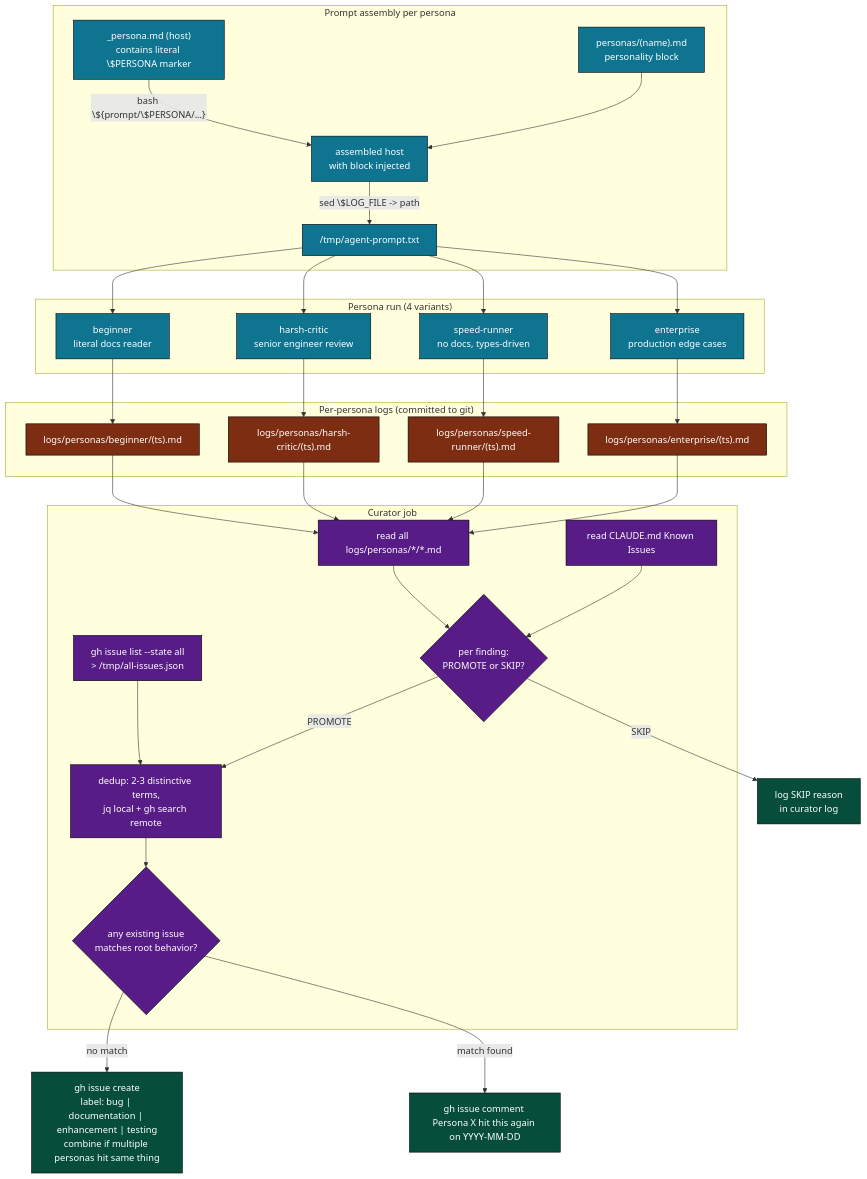
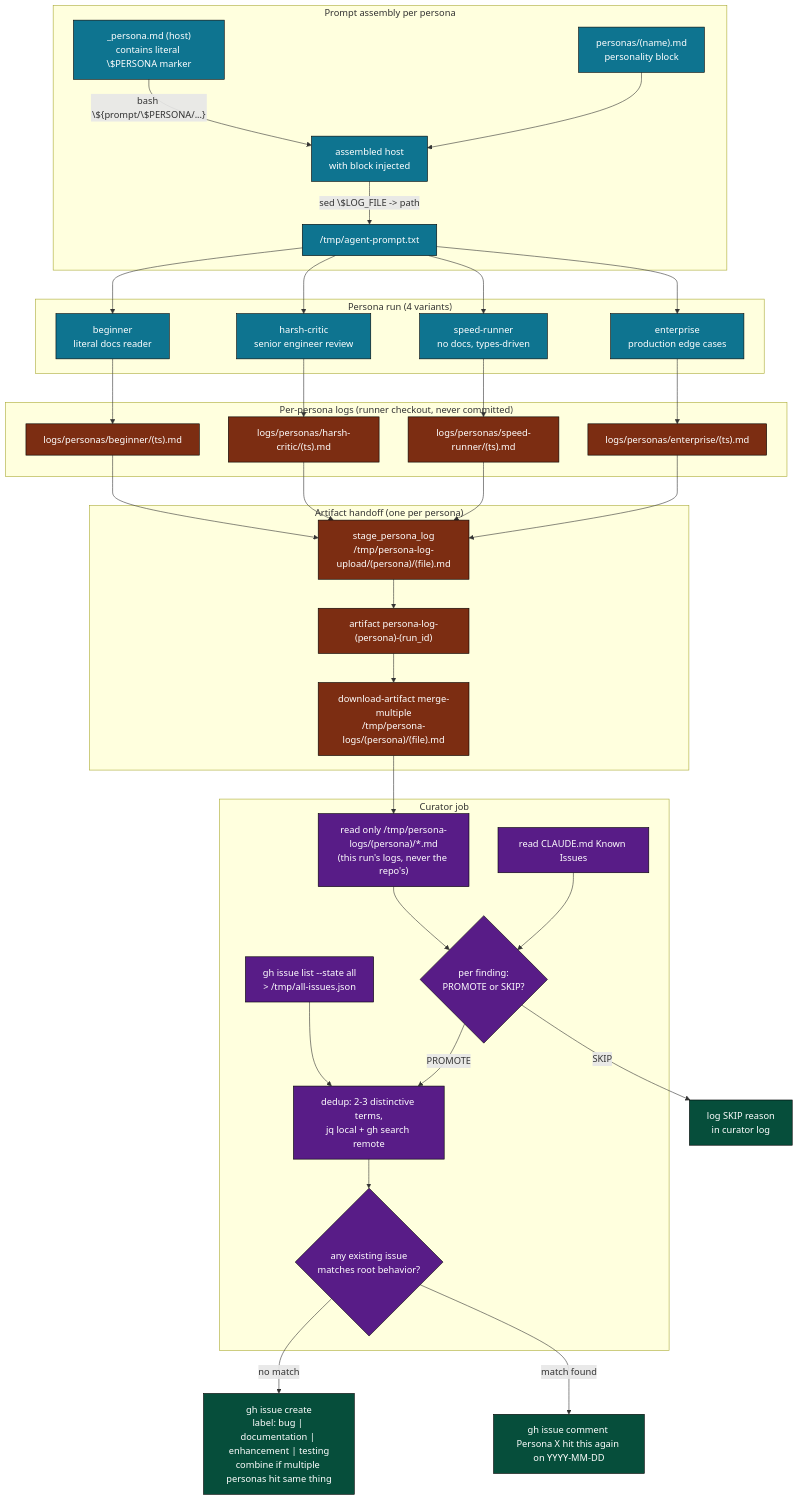
Before and after one commit to llm-exe/llm-exe: the sixth of 12 diagrams in .github/docs/PERSONAS_RUN_DEEP_DIVE.md, drawn with Mermaid. The commit also changed other lines of this file and 1 other file, not shown here.

Commit message:
docs: sync personas-run deep dive and architecture after persona log artifact handoff

````diff
--- a/.github/docs/PERSONAS_RUN_DEEP_DIVE.md
+++ b/.github/docs/PERSONAS_RUN_DEEP_DIVE.md
@@ -350,62 +360,71 @@
 ```mermaid
 flowchart TB
     classDef persona fill:#0e7490,color:#fff,stroke:#000
     classDef log fill:#7c2d12,color:#fff,stroke:#000
     classDef cur fill:#581c87,color:#fff,stroke:#000
     classDef out fill:#064e3b,color:#fff,stroke:#000
 
     subgraph Hosts["Prompt assembly per persona"]
         H1["_persona.md (host)\ncontains literal \$PERSONA marker"]:::persona
         H2["personas/(name).md\npersonality block"]:::persona
         H1 -- "bash \${prompt/\$PERSONA/...}" --> H3["assembled host\nwith block injected"]:::persona
         H2 --> H3
         H3 -- "sed \$LOG_FILE -> path" --> H4["/tmp/agent-prompt.txt"]:::persona
     end
 
     subgraph Run["Persona run (4 variants)"]
         R1["beginner\nliteral docs reader"]:::persona
         R2["harsh-critic\nsenior engineer review"]:::persona
         R3["speed-runner\nno docs, types-driven"]:::persona
         R4["enterprise\nproduction edge cases"]:::persona
     end
 
     H4 --> R1
     H4 --> R2
     H4 --> R3
     H4 --> R4
 
-    subgraph Logs["Per-persona logs (committed to git)"]
+    subgraph Logs["Per-persona logs (runner checkout, never committed)"]
         L1["logs/personas/beginner/(ts).md"]:::log
         L2["logs/personas/harsh-critic/(ts).md"]:::log
         L3["logs/personas/speed-runner/(ts).md"]:::log
         L4["logs/personas/enterprise/(ts).md"]:::log
     end
 
     R1 --> L1
     R2 --> L2
     R3 --> L3
     R4 --> L4
 
+    subgraph Hop["Artifact handoff (one per persona)"]
+        A1["stage_persona_log\n/tmp/persona-log-upload/(persona)/(file).md"]:::log
+        A2["artifact persona-log-(persona)-(run_id)"]:::log
+        A3["download-artifact merge-multiple\n/tmp/persona-logs/(persona)/(file).md"]:::log
+        A1 --> A2 --> A3
+    end
+
+    L1 --> A1
+    L2 --> A1
+    L3 --> A1
+    L4 --> A1
+
     subgraph Curator["Curator job"]
-        C1["read all logs/personas/*/*.md"]:::cur
+        C1["read only /tmp/persona-logs/(persona)/*.md\n(this run's logs, never the repo's)"]:::cur
         C2["read CLAUDE.md Known Issues"]:::cur
         C3["gh issue list --state all\n> /tmp/all-issues.json"]:::cur
         C4{"per finding:\nPROMOTE or SKIP?"}:::cur
         C5["dedup: 2-3 distinctive terms,\njq local + gh search remote"]:::cur
         C6{"any existing issue\nmatches root behavior?"}:::cur
         C1 --> C4
         C2 --> C4
         C3 --> C5
         C4 -->|PROMOTE| C5
         C5 --> C6
     end
 
-    L1 --> C1
-    L2 --> C1
-    L3 --> C1
-    L4 --> C1
+    A3 --> C1
 
     C6 -->|no match| O1["gh issue create\nlabel: bug | documentation | enhancement | testing\ncombine if multiple personas hit same thing"]:::out
     C6 -->|match found| O2["gh issue comment <N>\nPersona X hit this again on YYYY-MM-DD"]:::out
     C4 -->|SKIP| O3["log SKIP reason\nin curator log"]:::out
 ```
````
